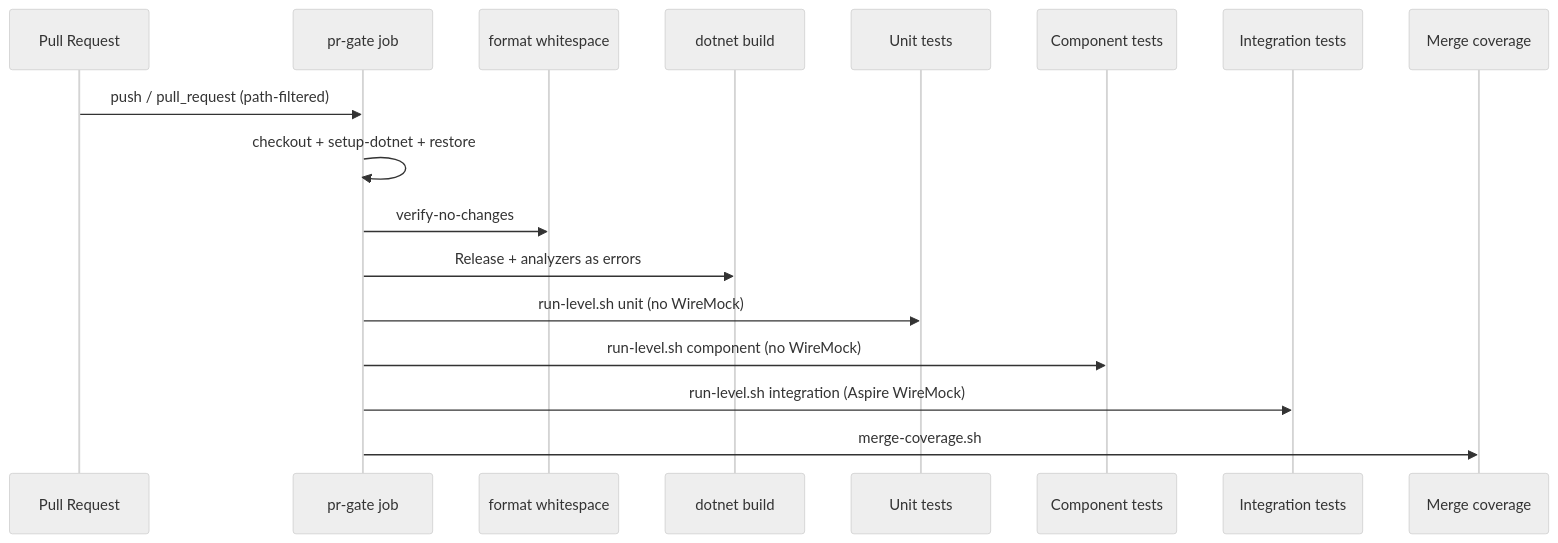
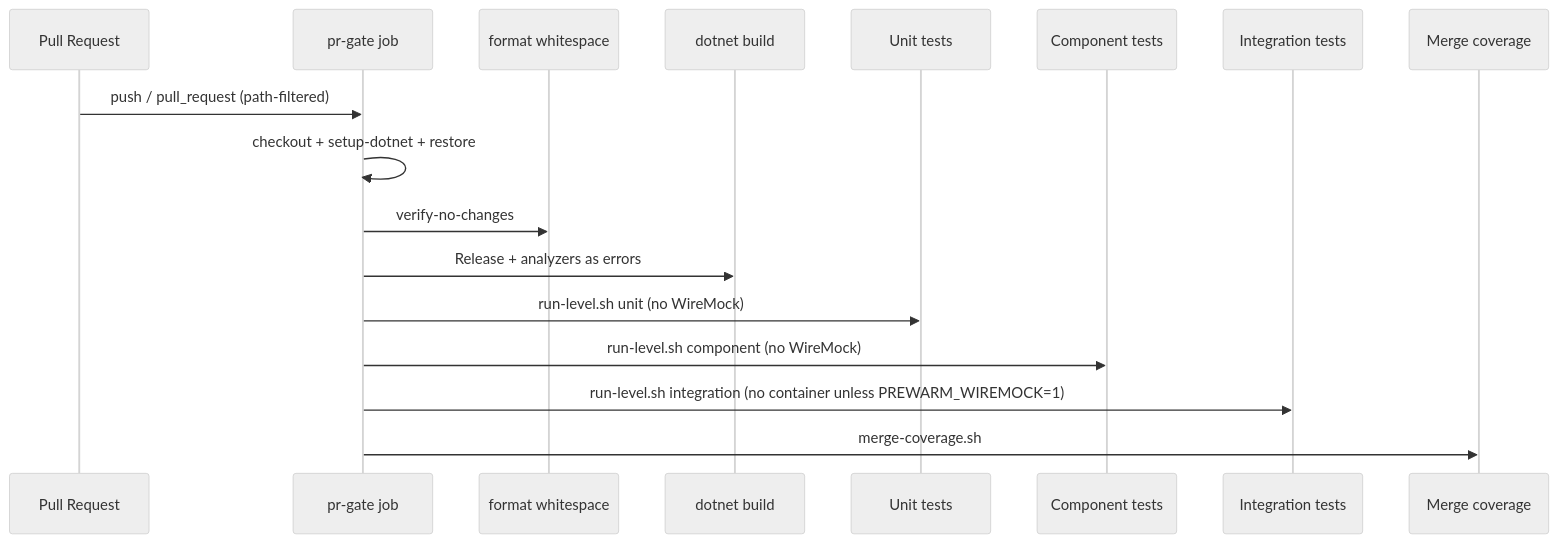
Before and after one commit to generic-automation-and-it/smooth-ai-stockanalysis: the diagram in .github/CI_AGENTS.md, drawn with Mermaid (neutral theme). The commit also changed other lines of this file and 8 other files, not shown here.

````diff
--- a/.github/CI_AGENTS.md
+++ b/.github/CI_AGENTS.md
@@ -30,20 +30,20 @@
 ```mermaid
 sequenceDiagram
     participant PR as Pull Request
     participant Gate as pr-gate job
     participant Format as format whitespace
     participant Build as dotnet build
     participant Unit as Unit tests
     participant Comp as Component tests
     participant Integ as Integration tests
     participant Cov as Merge coverage
 
     PR->>Gate: push / pull_request (path-filtered)
     Gate->>Gate: checkout + setup-dotnet + restore
     Gate->>Format: verify-no-changes
     Gate->>Build: Release + analyzers as errors
     Gate->>Unit: run-level.sh unit (no WireMock)
     Gate->>Comp: run-level.sh component (no WireMock)
-    Gate->>Integ: run-level.sh integration (Aspire WireMock)
+    Gate->>Integ: run-level.sh integration (no container unless PREWARM_WIREMOCK=1)
     Gate->>Cov: merge-coverage.sh
 ```
````
